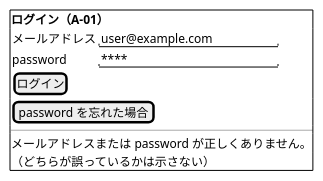
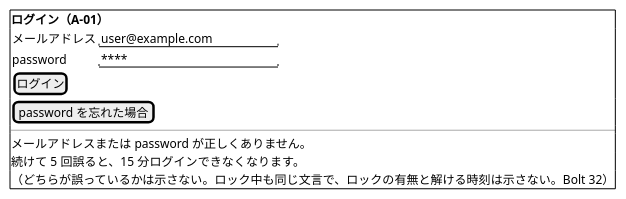
The eighth of 26 diagrams in docs/design/cargo-tracker/ui_design.md (k2works/practical-domain-driven-design-in-enterpris-application), drawn with PlantUML before and after one commit. The commit also changed other lines of this file and 9 other files, not shown here.

````diff
--- a/docs/design/cargo-tracker/ui_design.md
+++ b/docs/design/cargo-tracker/ui_design.md
@@ -472,16 +469,17 @@
 ```plantuml
 @startsalt
 {+
   <b>ログイン（A-01）
   {
     メールアドレス | "user@example.com      "
     password       | "****                  "
     [ ログイン ]
   }
   [ password を忘れた場合 ]
   ---
   メールアドレスまたは password が正しくありません。
-  （どちらが誤っているかは示さない）
+  続けて 5 回誤ると、15 分ログインできなくなります。
+  （どちらが誤っているかは示さない。ロック中も同じ文言で、ロックの有無と解ける時刻は示さない。Bolt 32）
 }
 @endsalt
 ```
````
